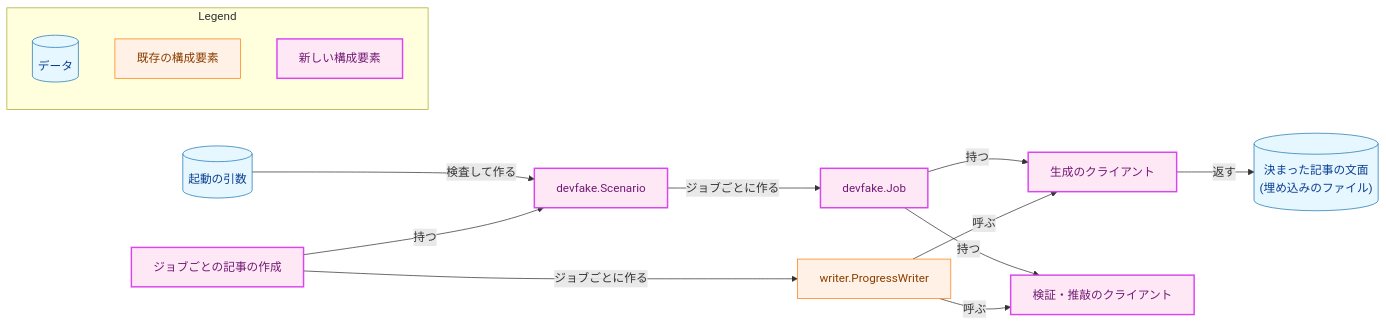
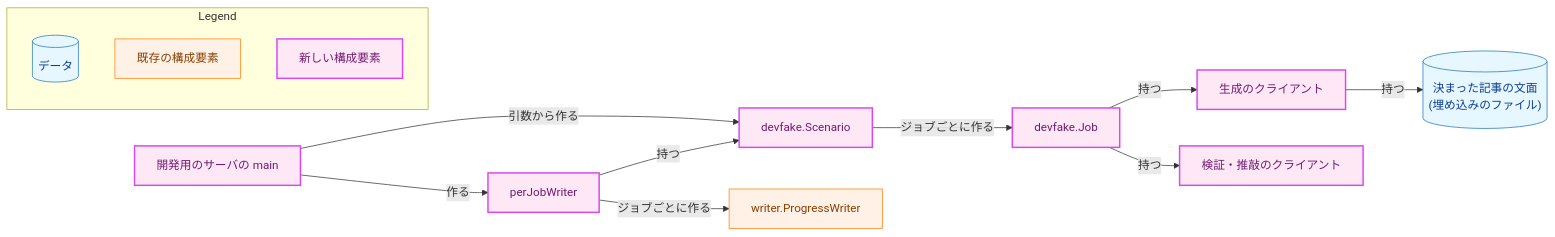
Before and after one commit to isseis/yt2column: the first of 6 diagrams in docs/tasks/0086_dev_fake_llm_server/02_architecture.md, drawn with Mermaid. The commit also changed other lines of this file and 1 other file, not shown here.

First line of the commit message:
docs(0086): address the architecture review and the Japanese prose pass

````diff
--- a/docs/tasks/0086_dev_fake_llm_server/02_architecture.md
+++ b/docs/tasks/0086_dev_fake_llm_server/02_architecture.md
@@ -36,38 +36,37 @@
 ```mermaid
 flowchart LR
     classDef data fill:#e6f7ff,stroke:#1f77b4,stroke-width:1px,color:#0b3d91;
     classDef process fill:#fff1e6,stroke:#ff7f0e,stroke-width:1px,color:#8a3e00;
     classDef newpkg fill:#ffe8f5,stroke:#d946ef,stroke-width:2px,color:#701a75;
 
-    ARGS[("起動の引数")]
+    MAIN["開発用のサーバの main"]
     SCN["devfake.Scenario"]
     JOB["devfake.Job"]
     GEN["生成のクライアント"]
     REV["検証・推敲のクライアント"]
     TXT[("決まった記事の文面<br>(埋め込みのファイル)")]
-    JW["ジョブごとの記事の作成"]
+    JW["perJobWriter"]
     WR["writer.ProgressWriter"]
 
-    ARGS -->|"検査して作る"| SCN
+    MAIN -->|"引数から作る"| SCN
+    MAIN -->|"作る"| JW
     JW -->|"持つ"| SCN
     SCN -->|"ジョブごとに作る"| JOB
     JOB -->|"持つ"| GEN
     JOB -->|"持つ"| REV
-    GEN -->|"返す"| TXT
+    GEN -->|"持つ"| TXT
     JW -->|"ジョブごとに作る"| WR
-    WR -->|"呼ぶ"| GEN
-    WR -->|"呼ぶ"| REV
 
-    class ARGS,TXT data
+    class TXT data
     class WR process
-    class SCN,JOB,GEN,REV,JW newpkg
+    class MAIN,SCN,JOB,GEN,REV,JW newpkg
 
     subgraph Legend["Legend"]
         L1[("データ")]
         L2["既存の構成要素"]
         L3["新しい構成要素"]
     end
     class L1 data
     class L2 process
     class L3 newpkg
 ```
````
